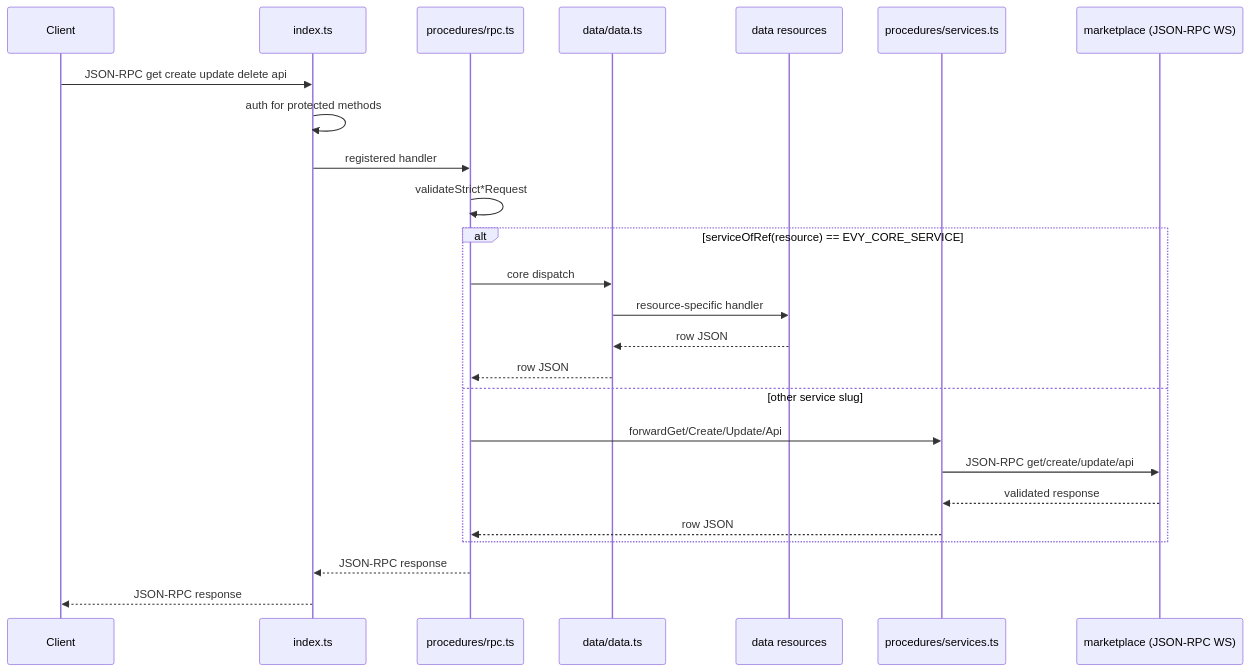
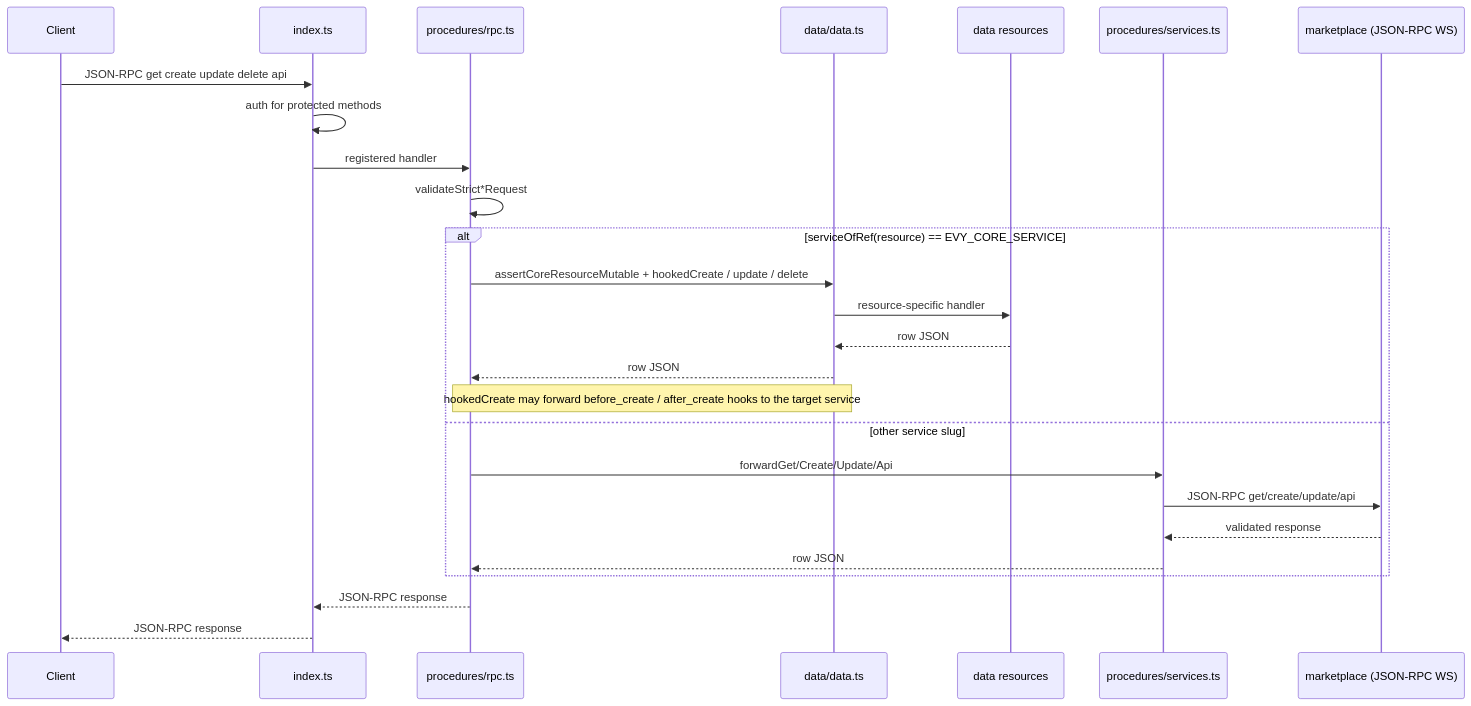
The first of 2 diagrams in api/README.md (EVY-Platform/evy), drawn with Mermaid before and after one commit. The commit also changed other lines of this file and 132 other files, not shown here.

First line of the commit message:
[FEAT] Stripe payments, service hooks, and purchase status machine (#248)

````diff
--- a/api/README.md
+++ b/api/README.md
@@ -11,30 +11,31 @@
 ```mermaid
 sequenceDiagram
     participant Client
     participant index as index.ts
     participant rpc as procedures/rpc.ts
     participant data as data/data.ts
     participant resource as data resources
     participant services as procedures/services.ts
     participant marketplace as marketplace (JSON-RPC WS)
 
     Client->>index: JSON-RPC get create update delete api
     index->>index: auth for protected methods
     index->>rpc: registered handler
     rpc->>rpc: validateStrict*Request
 
     alt serviceOfRef(resource) == EVY_CORE_SERVICE
-        rpc->>data: core dispatch
+        rpc->>data: assertCoreResourceMutable + hookedCreate / update / delete
         data->>resource: resource-specific handler
         resource-->>data: row JSON
         data-->>rpc: row JSON
+        Note over rpc,data: hookedCreate may forward before_create / after_create hooks to the target service
     else other service slug
         rpc->>services: forwardGet/Create/Update/Api
         services->>marketplace: JSON-RPC get/create/update/api
         marketplace-->>services: validated response
         services-->>rpc: row JSON
     end
 
     rpc-->>index: JSON-RPC response
     index-->>Client: JSON-RPC response
 ```
````
